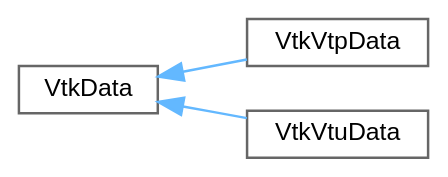
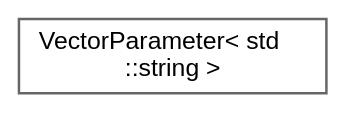
Before and after one commit to SimVascular/svMultiPhysics: the diagram in inherit_graph_91.dot, drawn with Graphviz. The commit also changed 205 other files, not shown here.

```diff
--- a/inherit_graph_91.dot
+++ b/inherit_graph_91.dot
@@ -1,13 +1,9 @@
 digraph "Graphical Class Hierarchy"
 {
  // LATEX_PDF_SIZE
   bgcolor="transparent";
   edge [fontname=Helvetica,fontsize=10,labelfontname=Helvetica,labelfontsize=10];
   node [fontname=Helvetica,fontsize=10,shape=box,height=0.2,width=0.4];
   rankdir="LR";
-  Node0 [id="Node000000",label="VtkData",height=0.2,width=0.4,color="grey40", fillcolor="white", style="filled",URL="$class_vtk_data.html",tooltip=" "];
-  Node0 -> Node1 [id="edge65_Node000000_Node000001",dir="back",color="steelblue1",style="solid",tooltip=" "];
-  Node1 [id="Node000001",label="VtkVtpData",height=0.2,width=0.4,color="grey40", fillcolor="white", style="filled",URL="$class_vtk_vtp_data.html",tooltip=" "];
-  Node0 -> Node2 [id="edge66_Node000000_Node000002",dir="back",color="steelblue1",style="solid",tooltip=" "];
-  Node2 [id="Node000002",label="VtkVtuData",height=0.2,width=0.4,color="grey40", fillcolor="white", style="filled",URL="$class_vtk_vtu_data.html",tooltip=" "];
+  Node0 [id="Node000000",label="VectorParameter\< std\l::string \>",height=0.2,width=0.4,color="grey40", fillcolor="white", style="filled",URL="$class_vector_parameter.html",tooltip=" "];
 }
```
